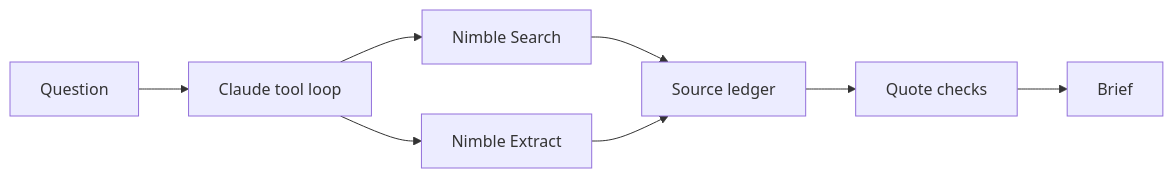
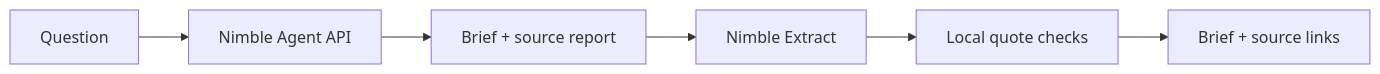
One commit to ojusave/nimble-proof-agent changed the diagram in README.md. Above: the diagram before and after it, drawn with Mermaid. The commit also changed other lines of this file and 10 other files, not shown here.

Commit message:
Use Nimble Agent API with one key and local quote verification

````diff
--- a/README.md
+++ b/README.md
@@ -41,10 +35,8 @@
 ```mermaid
 flowchart LR
-    Q[Question] --> A[Claude tool loop]
-    A --> S[Nimble Search]
-    A --> E[Nimble Extract]
-    S --> L[Source ledger]
-    E --> L
-    L --> V[Quote checks]
-    V --> B[Brief]
+    Q[Question] --> A[Nimble Agent API]
+    A --> R[Brief + source report]
+    R --> E[Nimble Extract]
+    E --> V[Local quote checks]
+    V --> B[Brief + source links]
 ```
````
